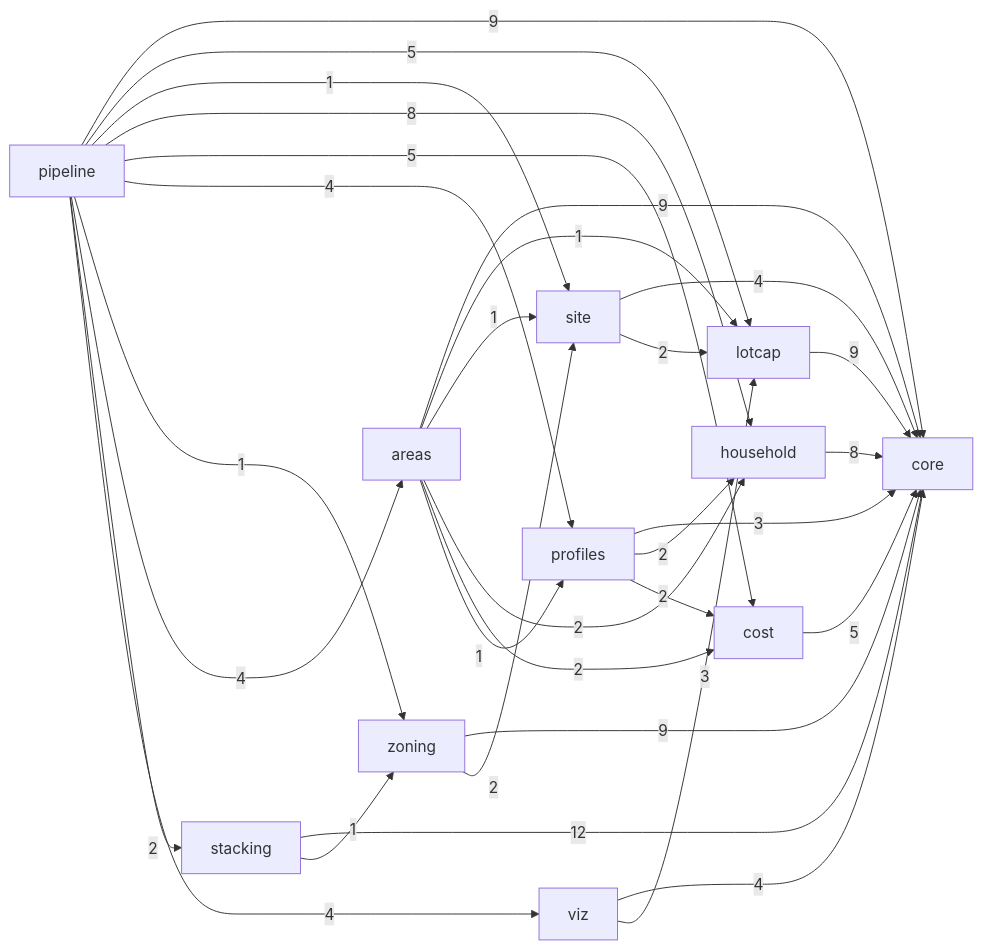
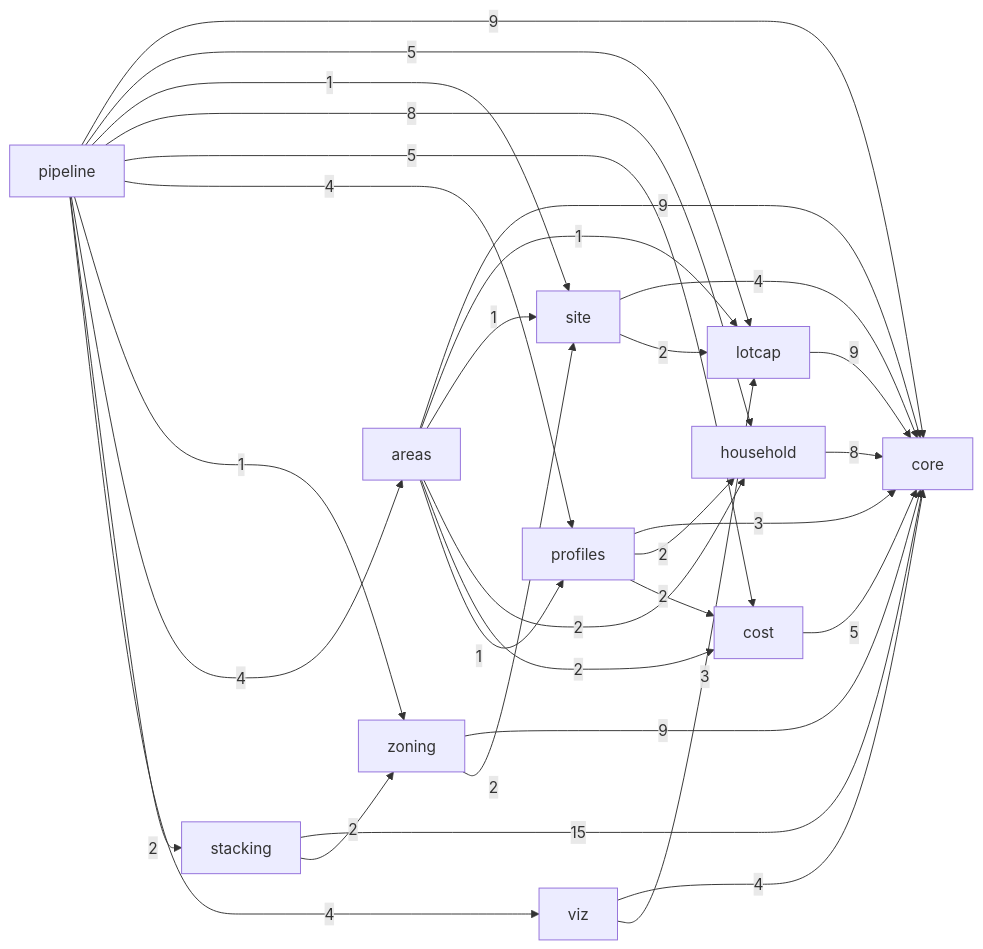
Before and after one commit to Remolino777/rule_forge: the diagram in spaceplan/docs/architecture/modules.md, drawn with Mermaid. The commit also changed other lines of this file and 32 other files, not shown here.

````diff
--- a/spaceplan/docs/architecture/modules.md
+++ b/spaceplan/docs/architecture/modules.md
@@ -10,33 +10,33 @@
 ```mermaid
 graph LR
     lotcap -->|9| core
     site -->|4| core
     site -->|2| lotcap
     household -->|8| core
     cost -->|5| core
     profiles -->|3| core
     profiles -->|2| household
     profiles -->|2| cost
     zoning -->|9| core
     zoning -->|2| site
     areas -->|9| core
     areas -->|1| lotcap
     areas -->|1| site
     areas -->|2| household
     areas -->|2| cost
     areas -->|1| profiles
-    stacking -->|12| core
-    stacking -->|1| zoning
+    stacking -->|15| core
+    stacking -->|2| zoning
     viz -->|4| core
     viz -->|3| lotcap
     pipeline -->|9| core
     pipeline -->|5| lotcap
     pipeline -->|1| site
     pipeline -->|8| household
     pipeline -->|5| cost
     pipeline -->|4| profiles
     pipeline -->|1| zoning
     pipeline -->|4| areas
     pipeline -->|2| stacking
     pipeline -->|4| viz
 ```
````
